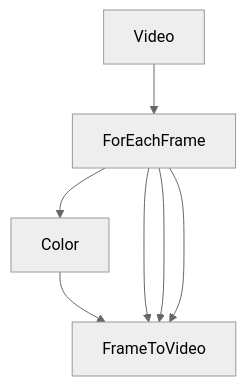
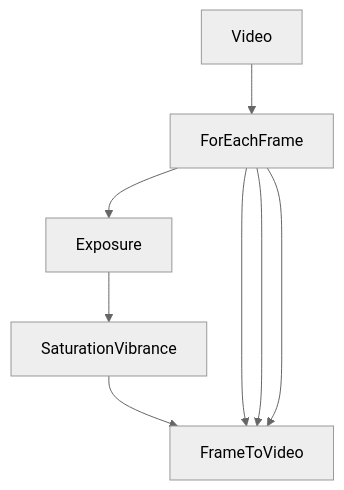
Before and after one commit to nodetool-ai/nodetool: the diagram in docs/workflows/color-boost-video.md, drawn with Mermaid (neutral theme). The commit also changed other lines of this file and 46 other files, not shown here.

```diff
--- a/docs/workflows/color-boost-video.md
+++ b/docs/workflows/color-boost-video.md
@@ -21,13 +21,15 @@
 {% mermaid %}
 graph TD
   video_7074f1["Video"]
   foreachframe_abb8ee["ForEachFrame"]
-  color_b14f76["Color"]
+  exposure_b14f76["Exposure"]
+  saturation_b14f77["SaturationVibrance"]
   frametovideo_4ca887["FrameToVideo"]
   video_7074f1 --> foreachframe_abb8ee
-  foreachframe_abb8ee --> color_b14f76
-  color_b14f76 --> frametovideo_4ca887
+  foreachframe_abb8ee --> exposure_b14f76
+  exposure_b14f76 --> saturation_b14f77
+  saturation_b14f77 --> frametovideo_4ca887
   foreachframe_abb8ee --> frametovideo_4ca887
   foreachframe_abb8ee --> frametovideo_4ca887
   foreachframe_abb8ee --> frametovideo_4ca887
 {% endmermaid %}
```
